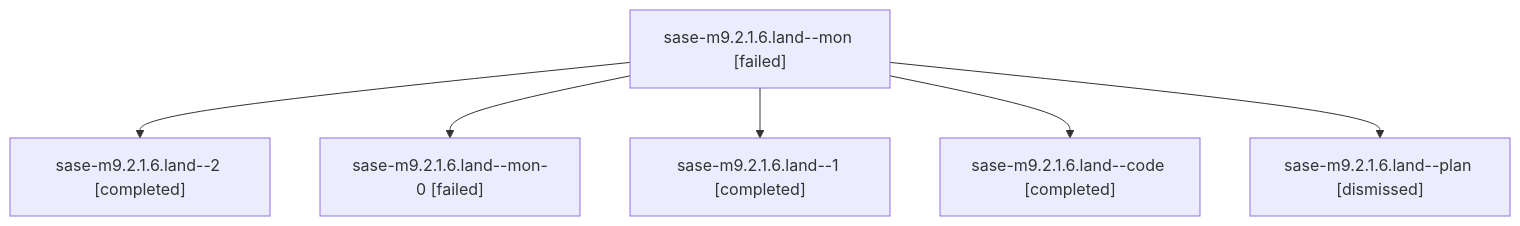
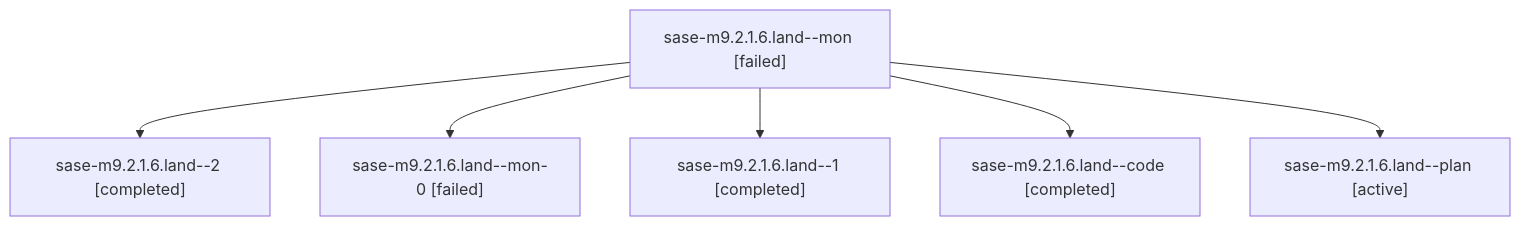
The diagram in families/bbugyi200.athena.sase-m9.2.1.6.land.md (sase-org/sase--agents), drawn with Mermaid before and after one commit. The commit also changed other lines of this file and 35830 other files, not shown here.

````diff
--- a/families/bbugyi200.athena.sase-m9.2.1.6.land.md
+++ b/families/bbugyi200.athena.sase-m9.2.1.6.land.md
@@ -9,14 +9,14 @@
 ```mermaid
 flowchart TD
   n0["sase-m9.2.1.6.land--mon [failed]"]
   n1["sase-m9.2.1.6.land--2 [completed]"]
   n0 --> n1
   n2["sase-m9.2.1.6.land--mon-0 [failed]"]
   n0 --> n2
   n3["sase-m9.2.1.6.land--1 [completed]"]
   n0 --> n3
   n4["sase-m9.2.1.6.land--code [completed]"]
   n0 --> n4
-  n5["sase-m9.2.1.6.land--plan [dismissed]"]
+  n5["sase-m9.2.1.6.land--plan [active]"]
   n0 --> n5
 ```
````
